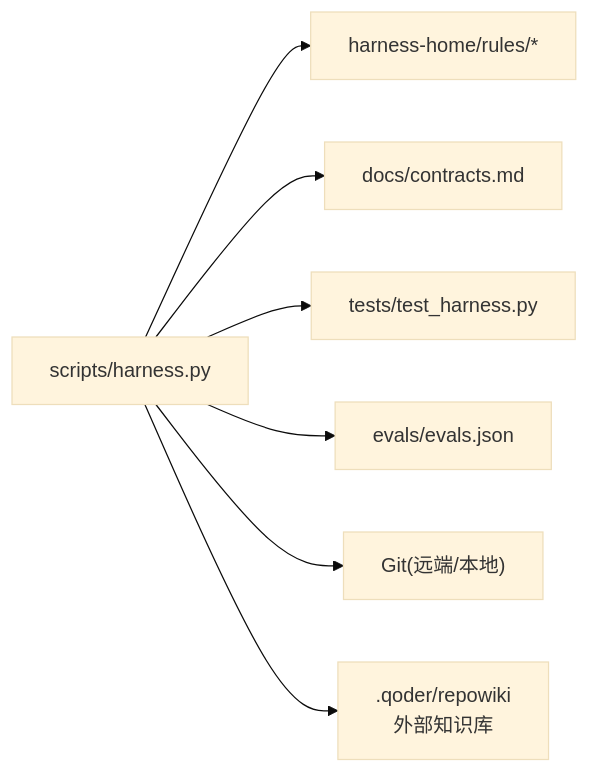
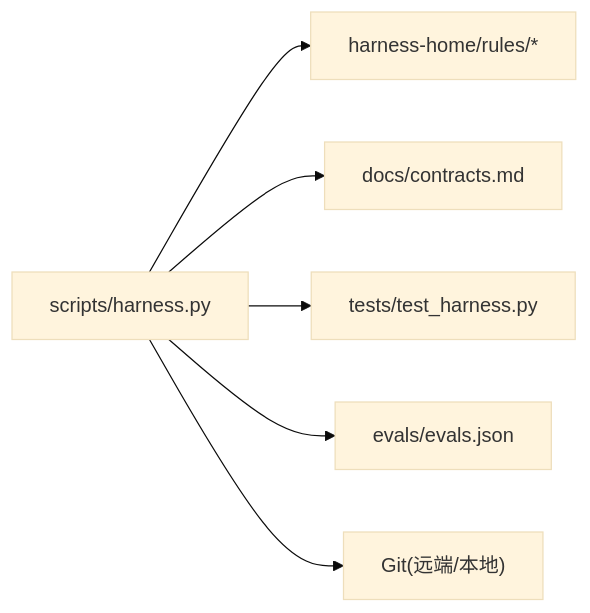
Before and after one commit to HackSing/docs-harness: the seventh of 7 diagrams in .qoder/repowiki/zh/content/知识管理/知识管理.md, drawn with Mermaid (base theme). The commit also changed other lines of this file and 40 other files, not shown here.

````diff
--- a/.qoder/repowiki/zh/content/知识管理/知识管理.md
+++ b/.qoder/repowiki/zh/content/知识管理/知识管理.md
@@ -349,9 +257,8 @@
 ```mermaid
 graph LR
 HARNESS["scripts/harness.py"] --> RULES["harness-home/rules/*"]
 HARNESS --> CONTRACTS["docs/contracts.md"]
 HARNESS --> TESTS["tests/test_harness.py"]
 HARNESS --> EVALS["evals/evals.json"]
 HARNESS --> GIT["Git(远端/本地)"]
-HARNESS --> REPOWIKI[".qoder/repowiki<br/>外部知识库"]
 ```
````
